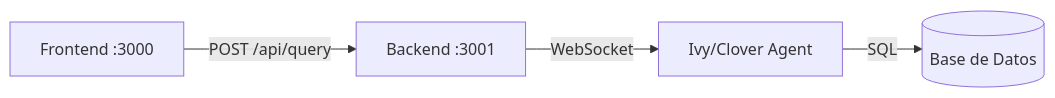
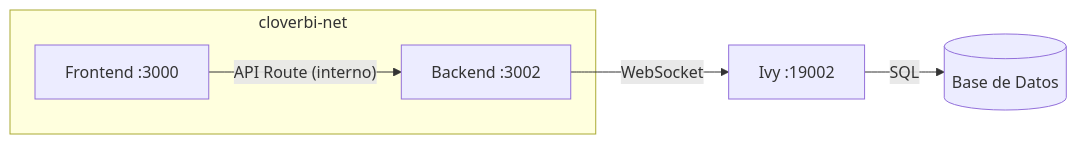
One commit to dchaves80/CloverBI changed the diagram in docs/06-deployment-backend.md. Above: the diagram before and after it, drawn with Mermaid. The commit also changed other lines of this file and 5 other files, not shown here.

````diff
--- a/docs/06-deployment-backend.md
+++ b/docs/06-deployment-backend.md
@@ -9,6 +9,12 @@
 ```mermaid
 flowchart LR
-    FE["Frontend :3000"] -->|POST /api/query| BE["Backend :3001"]
-    BE -->|WebSocket| IVY["Ivy/Clover Agent"]
+    subgraph cloverbi-net
+        FE["Frontend :3000"]
+        BE["Backend :3002"]
+    end
+    
+    BE -->|WebSocket| IVY["Ivy :19002"]
     IVY -->|SQL| DB[("Base de Datos")]
+    
+    FE -->|"API Route (interno)"| BE
 ```
````
